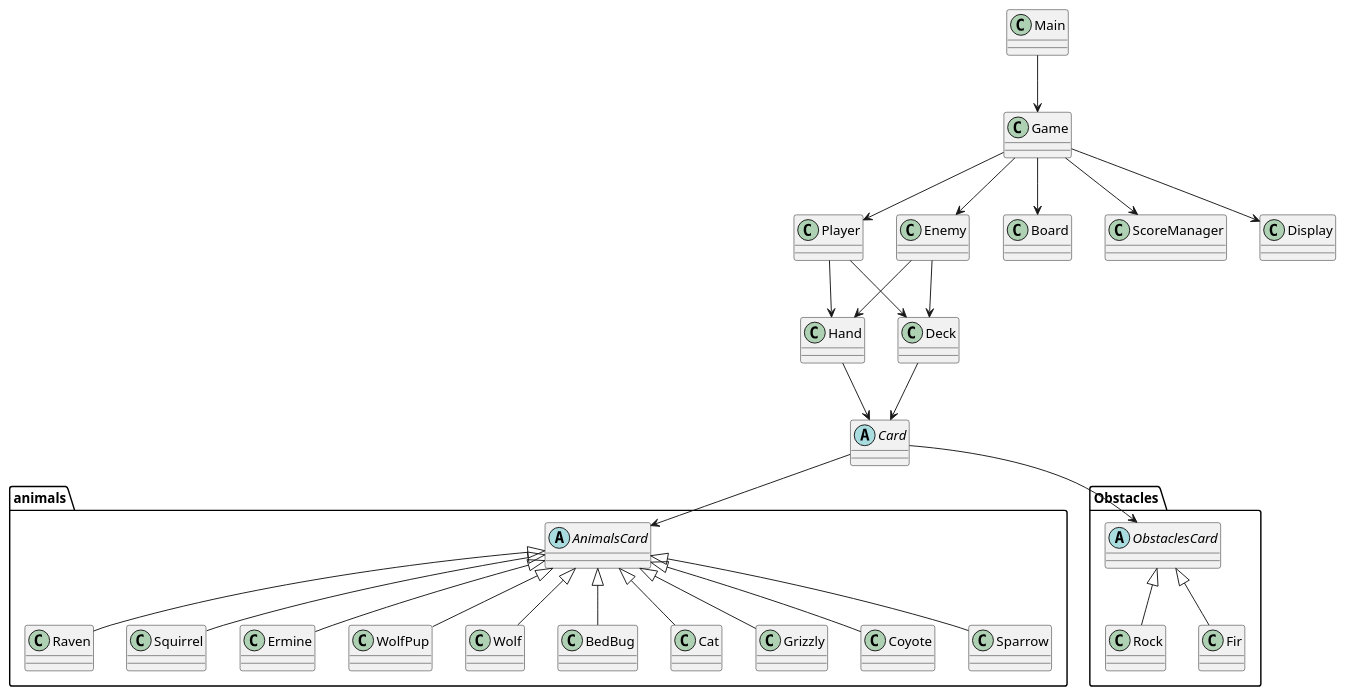
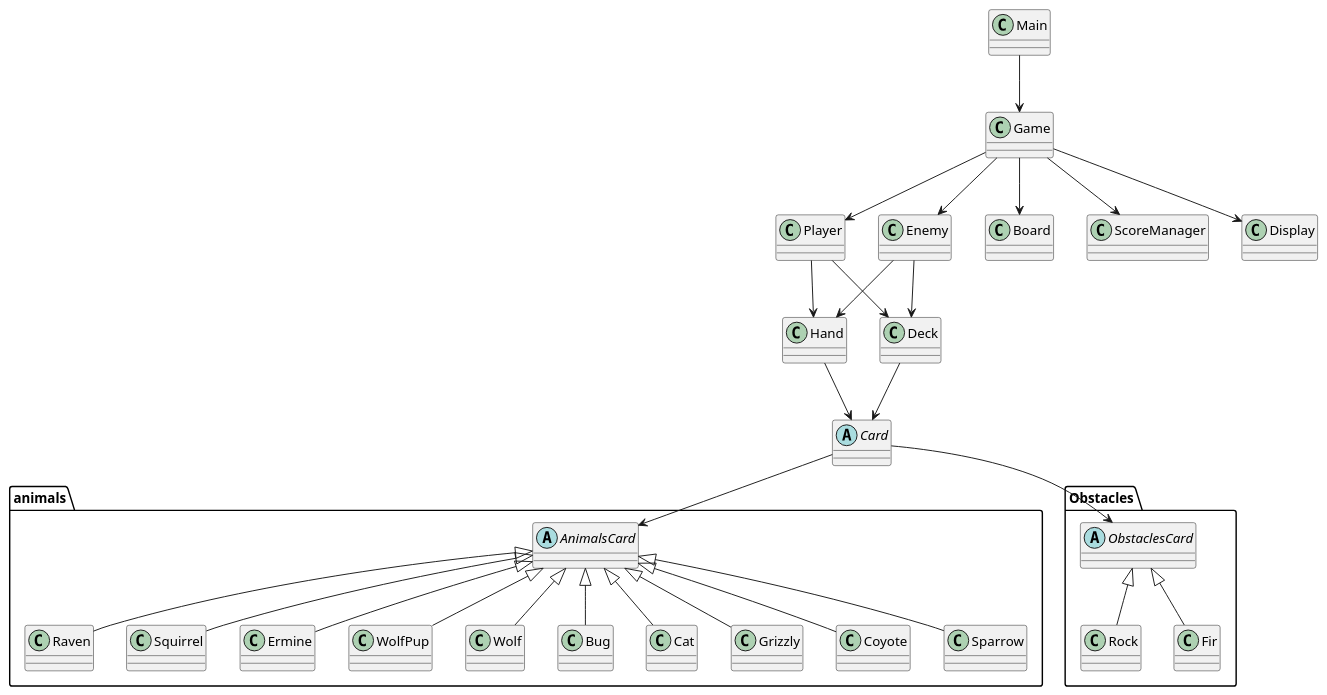
Before and after one commit to vesperxl/Projet-Inscryption: the diagram in uml/semaine2.puml, drawn with PlantUML. The commit also changed 11 other files, not shown here.

Commit message:
Ajout des animalsCard et de Card

```diff
--- a/uml/semaine2.puml
+++ b/uml/semaine2.puml
@@ -1,125 +1,125 @@
 @startuml
 Abstract class Card
 {
 
 }
 
 class Player{
 }
 
 class Deck{
 }
 
 class Hand{
 }
 
 class Game{
 }
 
 class Board{
 }
 
 class ScoreManager{
 }
 
 class Enemy{
 }
 
 class Display{
 }
 
 class Main{
 }
 
 package animals{
 abstract class AnimalsCard
 {
 
 }
 
 class Cat extends AnimalsCard
 {
 
 }
 
 class Grizzly extends AnimalsCard
 {
 
 }
 
 class Coyote extends AnimalsCard
 {
 
 }
 
 class Sparrow extends AnimalsCard
 {
 
 }
 
 class Raven extends AnimalsCard
 {
 
 }
 
 class Squirrel extends AnimalsCard
 {
 
 }
 
 class Ermine extends AnimalsCard
 {
 
 }
 
 class WolfPup extends AnimalsCard
 {
 
 }
 
 class Wolf extends AnimalsCard
 {
 
 }
 
-class BedBug extends AnimalsCard
+class Bug extends AnimalsCard
 {
 
 }
 
 }
 
 package Obstacles
 {
 abstract class ObstaclesCard
 {
 
 }
 
 class Rock extends ObstaclesCard
 {
 
 }
 
 class Fir extends ObstaclesCard
 {
 
 }
 
 }
 
 AnimalsCard <-up- Card
 ObstaclesCard <-up- Card
 Hand <-up- Player
 Deck <-up- Player
 Card <-up- Deck
 Card <-up- Hand
 Game -down-> Player
 Game -down-> Board
 Game -down-> ScoreManager
 Game -down-> Enemy
 Game -down-> Display
 Hand <-up- Enemy
 Deck <-up- Enemy
 Main -down-> Game
 @enduml
```
